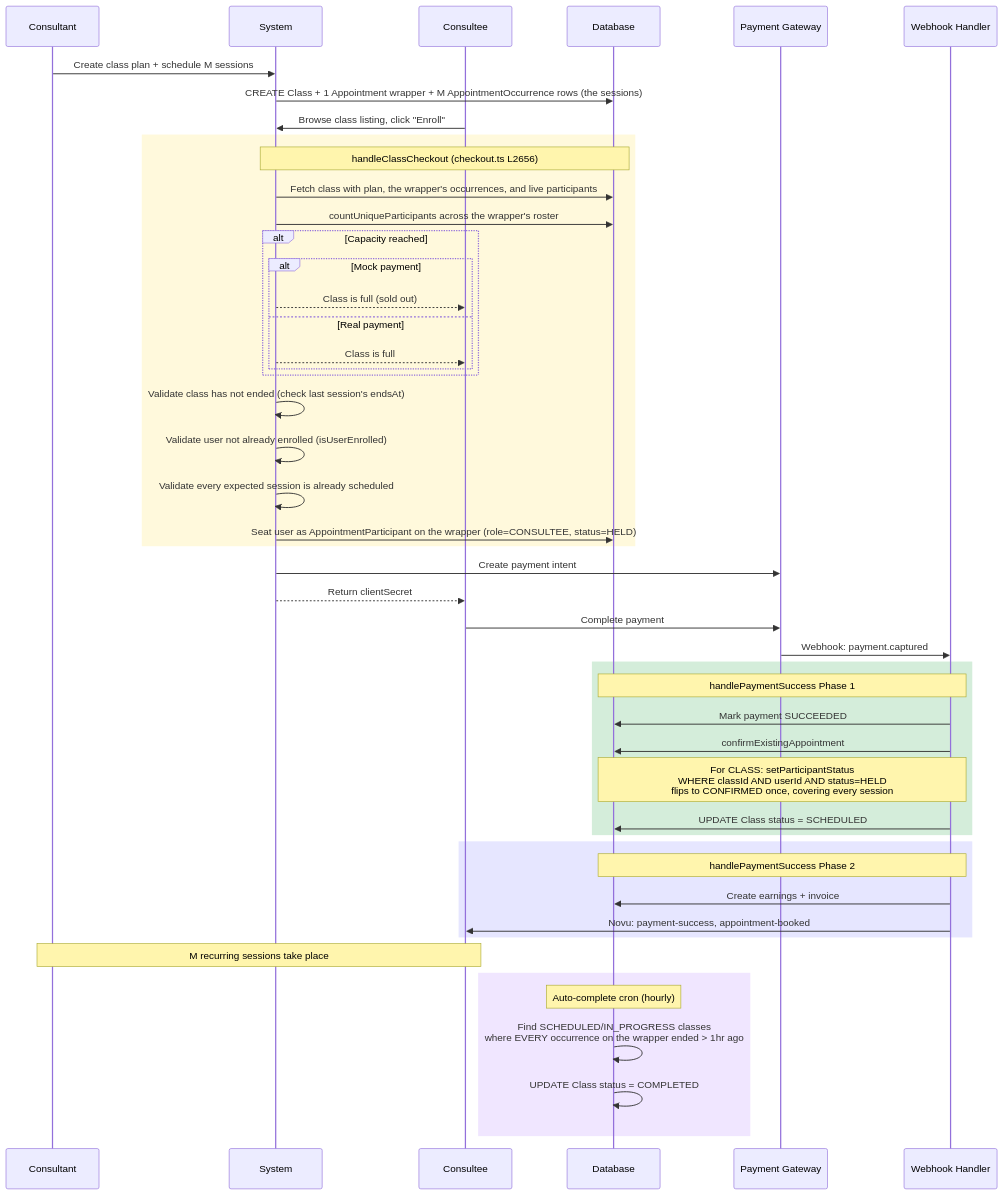
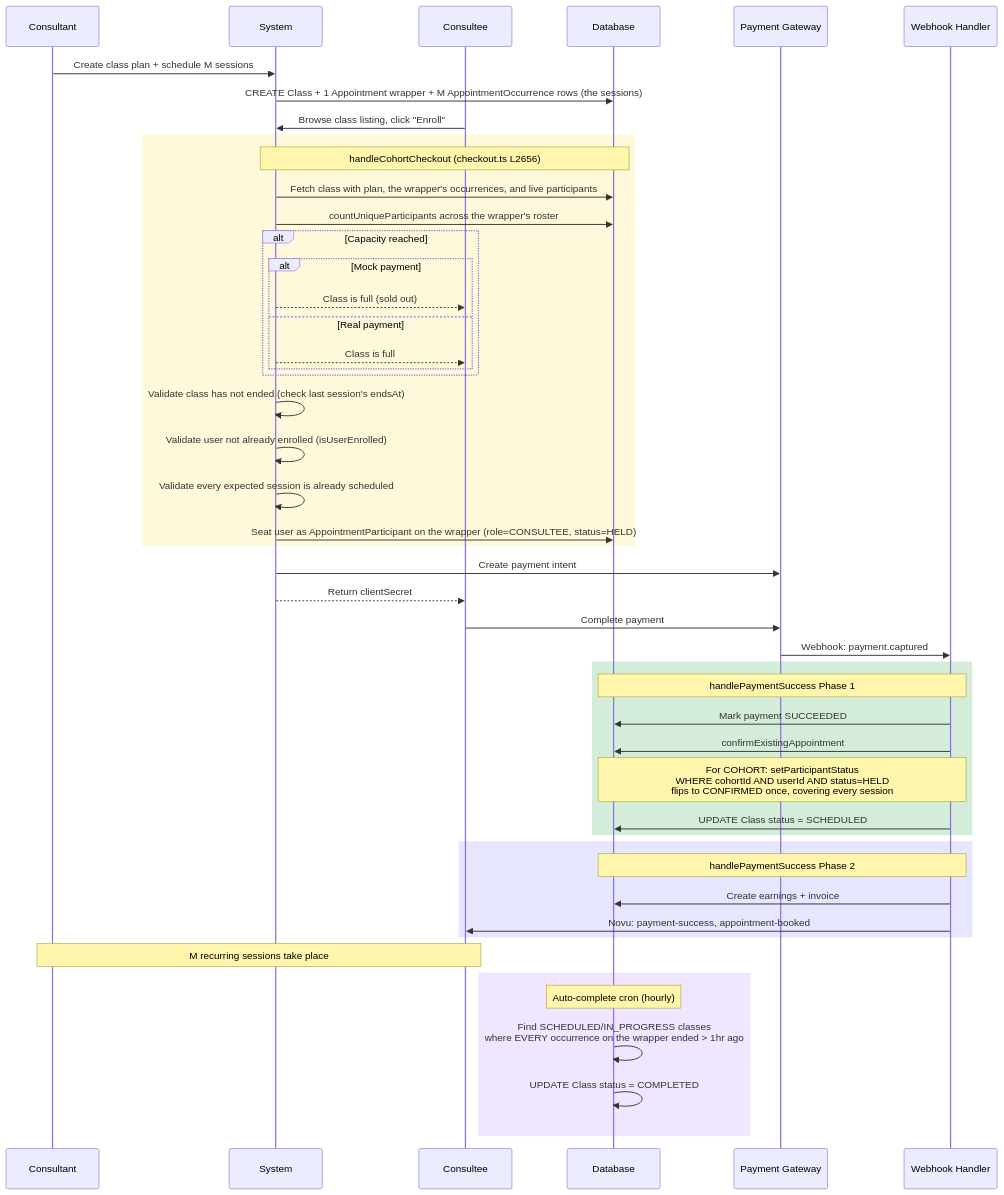
The seventh of 16 diagrams in docs/booking/06-booking-lifecycle.md (Practitionist/familiarise_web), drawn with Mermaid before and after one commit. The commit also changed other lines of this file and 89 other files, not shown here.

````diff
--- a/docs/booking/06-booking-lifecycle.md
+++ b/docs/booking/06-booking-lifecycle.md
@@ -525,61 +525,61 @@
 ```mermaid
 sequenceDiagram
     participant CT as Consultant
     participant SYS as System
     participant CE as Consultee
     participant DB as Database
     participant GW as Payment Gateway
     participant WH as Webhook Handler
 
     CT->>SYS: Create class plan + schedule M sessions
     SYS->>DB: CREATE Class + 1 Appointment wrapper + M AppointmentOccurrence rows (the sessions)
 
     CE->>SYS: Browse class listing, click "Enroll"
 
     rect rgb(255, 249, 220)
-        Note over SYS,DB: handleClassCheckout (checkout.ts L2656)
+        Note over SYS,DB: handleCohortCheckout (checkout.ts L2656)
         SYS->>DB: Fetch class with plan, the wrapper's occurrences, and live participants
         SYS->>DB: countUniqueParticipants across the wrapper's roster
 
         alt Capacity reached
             alt Mock payment
                 SYS-->>CE: Class is full (sold out)
             else Real payment
                 SYS-->>CE: Class is full
             end
         end
 
         SYS->>SYS: Validate class has not ended (check last session's endsAt)
         SYS->>SYS: Validate user not already enrolled (isUserEnrolled)
         SYS->>SYS: Validate every expected session is already scheduled
 
         SYS->>DB: Seat user as AppointmentParticipant on the wrapper (role=CONSULTEE, status=HELD)
     end
 
     SYS->>GW: Create payment intent
     SYS-->>CE: Return clientSecret
     CE->>GW: Complete payment
     GW->>WH: Webhook: payment.captured
 
     rect rgb(212, 237, 218)
         Note over WH,DB: handlePaymentSuccess Phase 1
         WH->>DB: Mark payment SUCCEEDED
         WH->>DB: confirmExistingAppointment
-        Note over WH,DB: For CLASS: setParticipantStatus<br/>WHERE classId AND userId AND status=HELD<br/>flips to CONFIRMED once, covering every session
+        Note over WH,DB: For COHORT: setParticipantStatus<br/>WHERE cohortId AND userId AND status=HELD<br/>flips to CONFIRMED once, covering every session
         WH->>DB: UPDATE Class status = SCHEDULED
     end
 
     rect rgb(230, 230, 255)
         Note over WH,DB: handlePaymentSuccess Phase 2
         WH->>DB: Create earnings + invoice
         WH->>CE: Novu: payment-success, appointment-booked
     end
 
     Note over CT,CE: M recurring sessions take place
 
     rect rgb(240, 230, 255)
         Note over DB: Auto-complete cron (hourly)
         DB->>DB: Find SCHEDULED/IN_PROGRESS classes<br/>where EVERY occurrence on the wrapper ended > 1hr ago
         DB->>DB: UPDATE Class status = COMPLETED
     end
 ```
````
